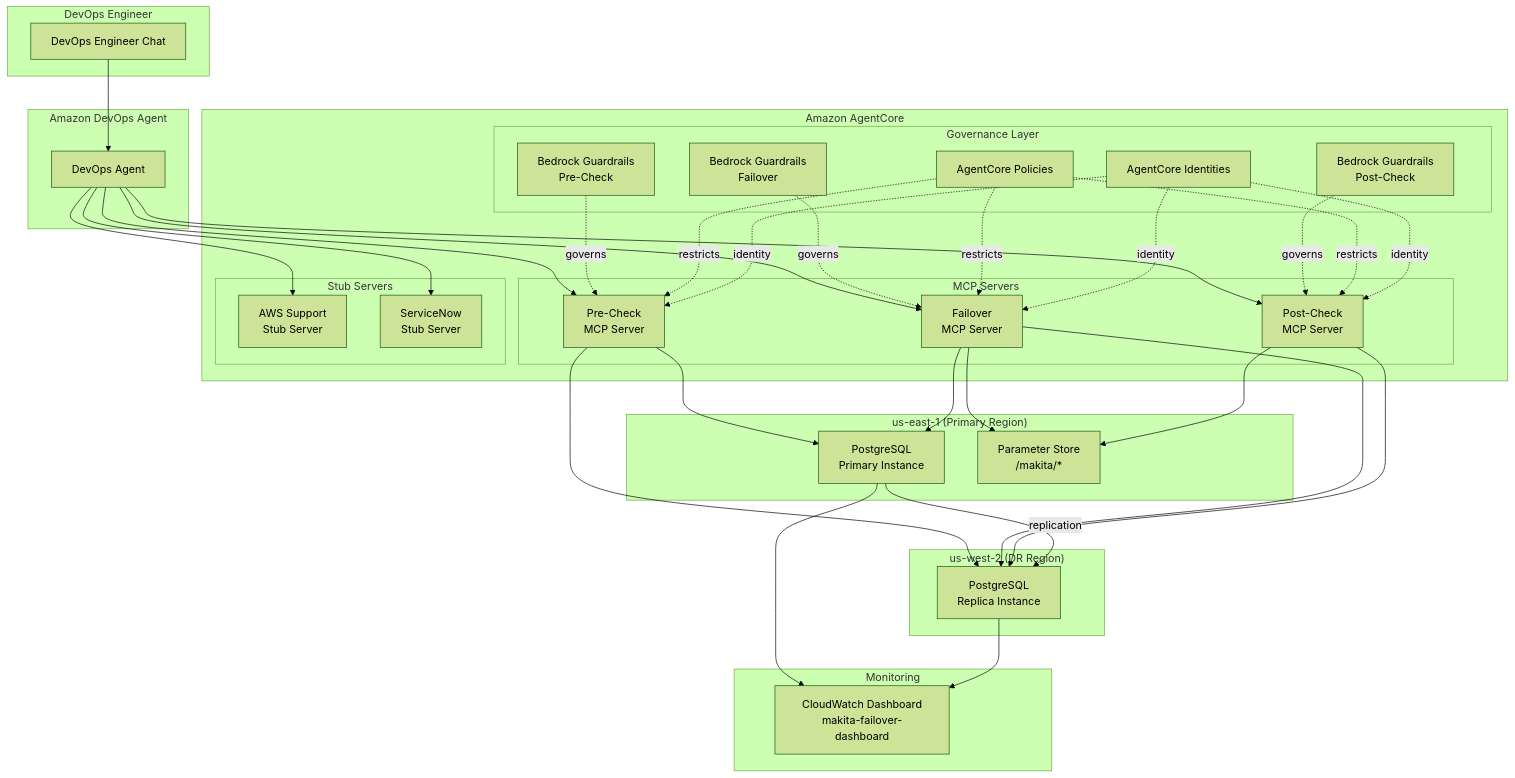
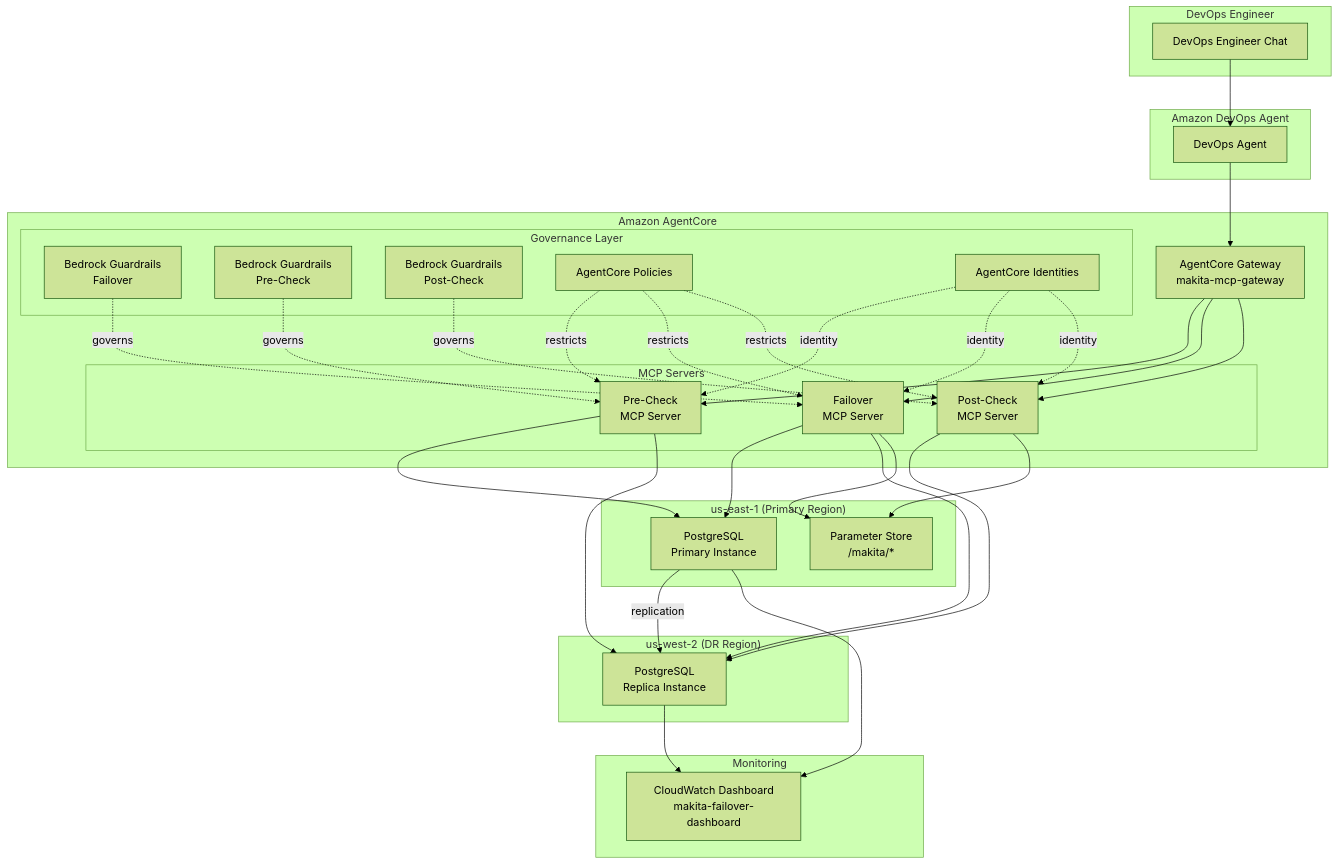
The diagram in makita/architecture.md (aws-samples/sample-support-data-analysis-with-bedrock), drawn with Mermaid (forest theme) before and after one commit. The commit also changed 30 other files, not shown here.

````diff
--- a/makita/architecture.md
+++ b/makita/architecture.md
@@ -3,73 +3,69 @@
 ```mermaid
 graph TB
     subgraph "DevOps Engineer"
         User[DevOps Engineer Chat]
     end
 
     subgraph "Amazon DevOps Agent"
         DA[DevOps Agent]
     end
 
     subgraph "Amazon AgentCore"
+        GW[AgentCore Gateway<br/>makita-mcp-gateway]
+
         subgraph "Governance Layer"
             BG_F[Bedrock Guardrails<br/>Failover]
             BG_Pre[Bedrock Guardrails<br/>Pre-Check]
             BG_Post[Bedrock Guardrails<br/>Post-Check]
             AP[AgentCore Policies]
             AI[AgentCore Identities]
         end
 
         subgraph "MCP Servers"
             PreMCP[Pre-Check<br/>MCP Server]
             FailMCP[Failover<br/>MCP Server]
             PostMCP[Post-Check<br/>MCP Server]
-        end
-
-        subgraph "Stub Servers"
-            AWSS[AWS Support<br/>Stub Server]
-            SNS[ServiceNow<br/>Stub Server]
         end
     end
 
     subgraph "us-east-1 (Primary Region)"
         PG_Primary[PostgreSQL<br/>Primary Instance]
         PS[Parameter Store<br/>/makita/*]
     end
 
     subgraph "us-west-2 (DR Region)"
         PG_Replica[PostgreSQL<br/>Replica Instance]
     end
 
     subgraph "Monitoring"
         CWD[CloudWatch Dashboard<br/>makita-failover-dashboard]
     end
 
     User --> DA
-    DA --> PreMCP
-    DA --> FailMCP
-    DA --> PostMCP
-    DA --> AWSS
-    DA --> SNS
+    DA --> GW
+    GW --> PreMCP
+    GW --> FailMCP
+    GW --> PostMCP
 
     BG_F -.->|governs| FailMCP
     BG_Pre -.->|governs| PreMCP
     BG_Post -.->|governs| PostMCP
     AP -.->|restricts| PreMCP
     AP -.->|restricts| FailMCP
     AP -.->|restricts| PostMCP
     AI -.->|identity| PreMCP
     AI -.->|identity| FailMCP
     AI -.->|identity| PostMCP
 
     PreMCP --> PG_Primary
     PreMCP --> PG_Replica
     FailMCP --> PG_Primary
     FailMCP --> PG_Replica
     FailMCP --> PS
     PostMCP --> PG_Replica
     PostMCP --> PS
 
     PG_Primary -->|replication| PG_Replica
     PG_Primary --> CWD
     PG_Replica --> CWD
 ```
````
